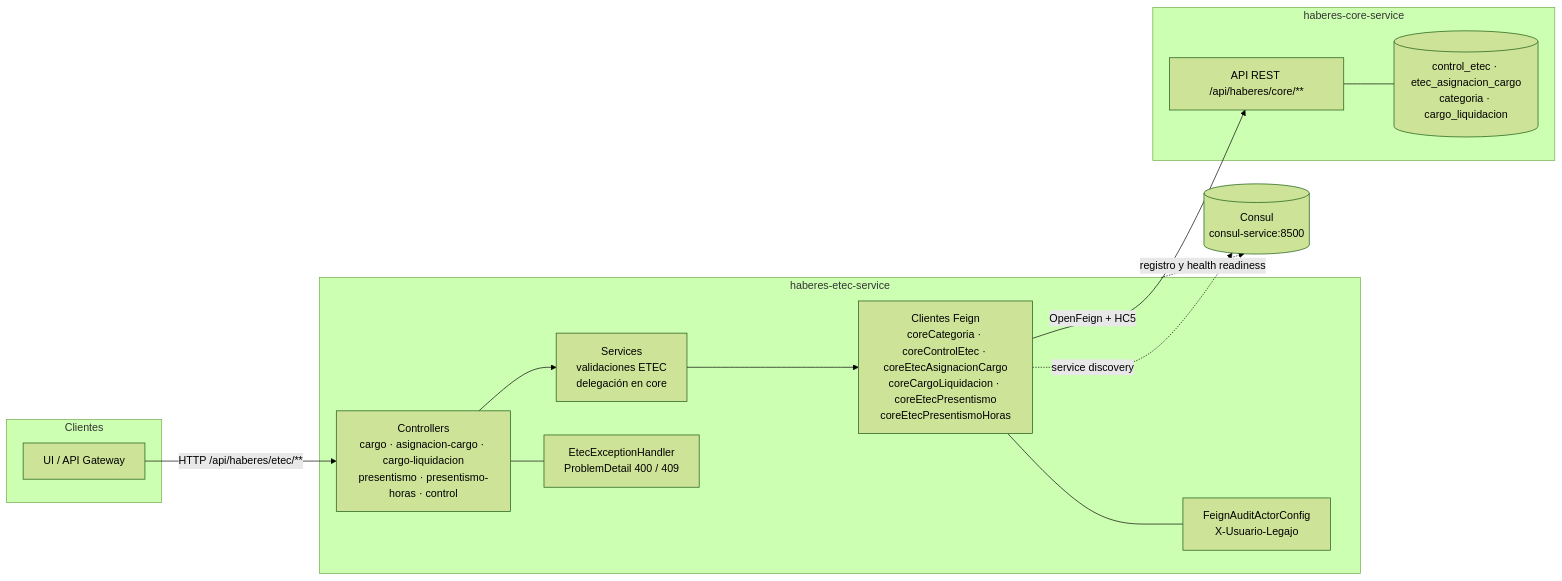
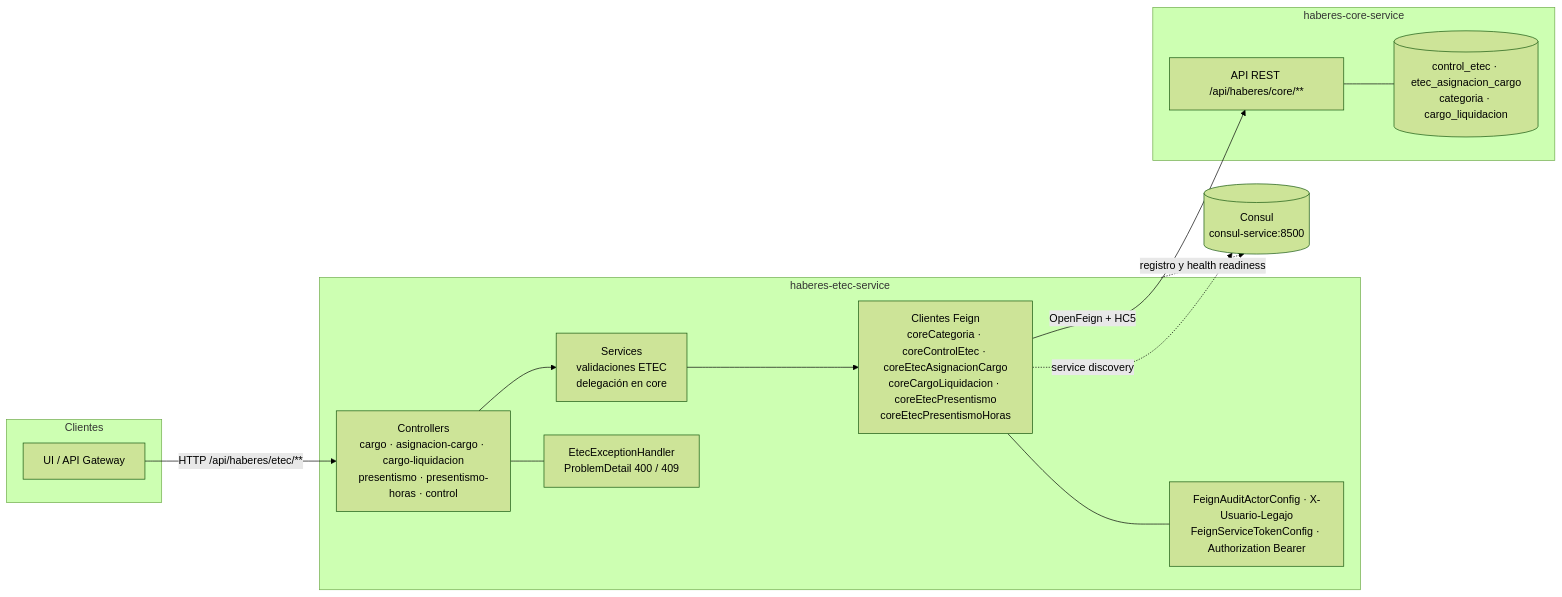
One commit to UM-services/UM.haberes.etec-service changed the diagram in docs/diagrams/arquitectura-general.mmd. Above: the diagram before and after it, drawn with Mermaid (forest theme). The commit also changed 4 other files, not shown here.

```diff
--- a/docs/diagrams/arquitectura-general.mmd
+++ b/docs/diagrams/arquitectura-general.mmd
@@ -1,29 +1,29 @@
 flowchart LR
     subgraph CLIENTES["Clientes"]
         UI["UI / API Gateway"]
     end
 
     subgraph ETEC["haberes-etec-service"]
         WEB["Controllers<br/>cargo · asignacion-cargo · cargo-liquidacion<br/>presentismo · presentismo-horas · control"]
         APP["Services<br/>validaciones ETEC<br/>delegación en core"]
         ERR["EtecExceptionHandler<br/>ProblemDetail 400 / 409"]
-        AUDIT["FeignAuditActorConfig<br/>X-Usuario-Legajo"]
+        AUDIT["FeignAuditActorConfig · X-Usuario-Legajo<br/>FeignServiceTokenConfig · Authorization Bearer"]
         FEIGN["Clientes Feign<br/>coreCategoria · coreControlEtec · coreEtecAsignacionCargo<br/>coreCargoLiquidacion · coreEtecPresentismo<br/>coreEtecPresentismoHoras"]
     end
 
     subgraph CORE["haberes-core-service"]
         API["API REST /api/haberes/core/**"]
         TABLAS[("control_etec · etec_asignacion_cargo<br/>categoria · cargo_liquidacion")]
     end
 
     CONSUL[("Consul<br/>consul-service:8500")]
 
     UI -->|"HTTP /api/haberes/etec/**"| WEB
     WEB --> APP
     APP --> FEIGN
     WEB --- ERR
     FEIGN --- AUDIT
     FEIGN -->|"OpenFeign + HC5"| API
     API --- TABLAS
     ETEC -.->|"registro y health readiness"| CONSUL
     FEIGN -.->|"service discovery"| CONSUL
```
